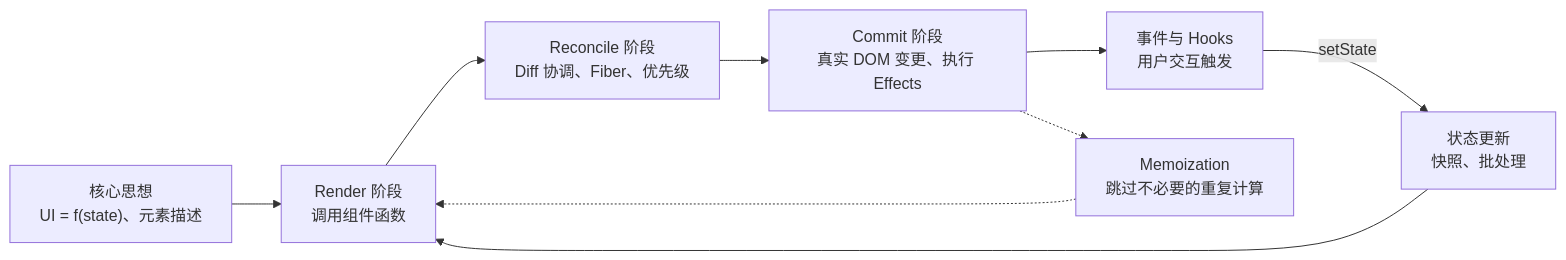
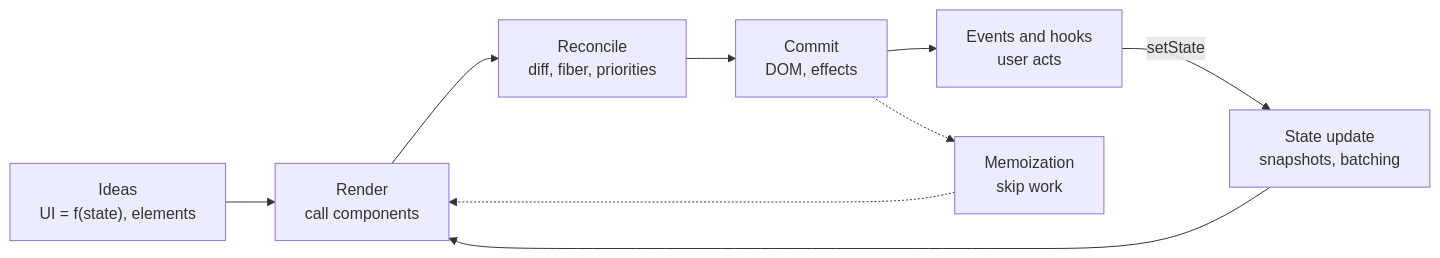
Before and after one commit to ZhaoTim/react-garden-zh: the diagram in content/react-concepts/react-concepts.md, drawn with Mermaid. The commit also changed 12 other files, not shown here.

Commit message:
fix: restore all Mermaid diagrams to original English technical terms

````diff
--- a/content/react-concepts/react-concepts.md
+++ b/content/react-concepts/react-concepts.md
@@ -44,11 +44,11 @@
 ```mermaid
 flowchart LR
-    I["核心思想<br/>UI = f(state)、元素描述"] --> R["Render 阶段<br/>调用组件函数"]
-    S["状态更新<br/>快照、批处理"] --> R
-    R --> D["Reconcile 阶段<br/>Diff 协调、Fiber、优先级"]
-    D --> C["Commit 阶段<br/>真实 DOM 变更、执行 Effects"]
-    C --> E["事件与 Hooks<br/>用户交互触发"]
+    I["Ideas<br/>UI = f(state), elements"] --> R["Render<br/>call components"]
+    S["State update<br/>snapshots, batching"] --> R
+    R --> D["Reconcile<br/>diff, fiber, priorities"]
+    D --> C["Commit<br/>DOM, effects"]
+    C --> E["Events and hooks<br/>user acts"]
     E -->|setState| S
-    C -.-> M["Memoization<br/>跳过不必要的重复计算"]
+    C -.-> M["Memoization<br/>skip work"]
     M -.-> R
 ```
````
